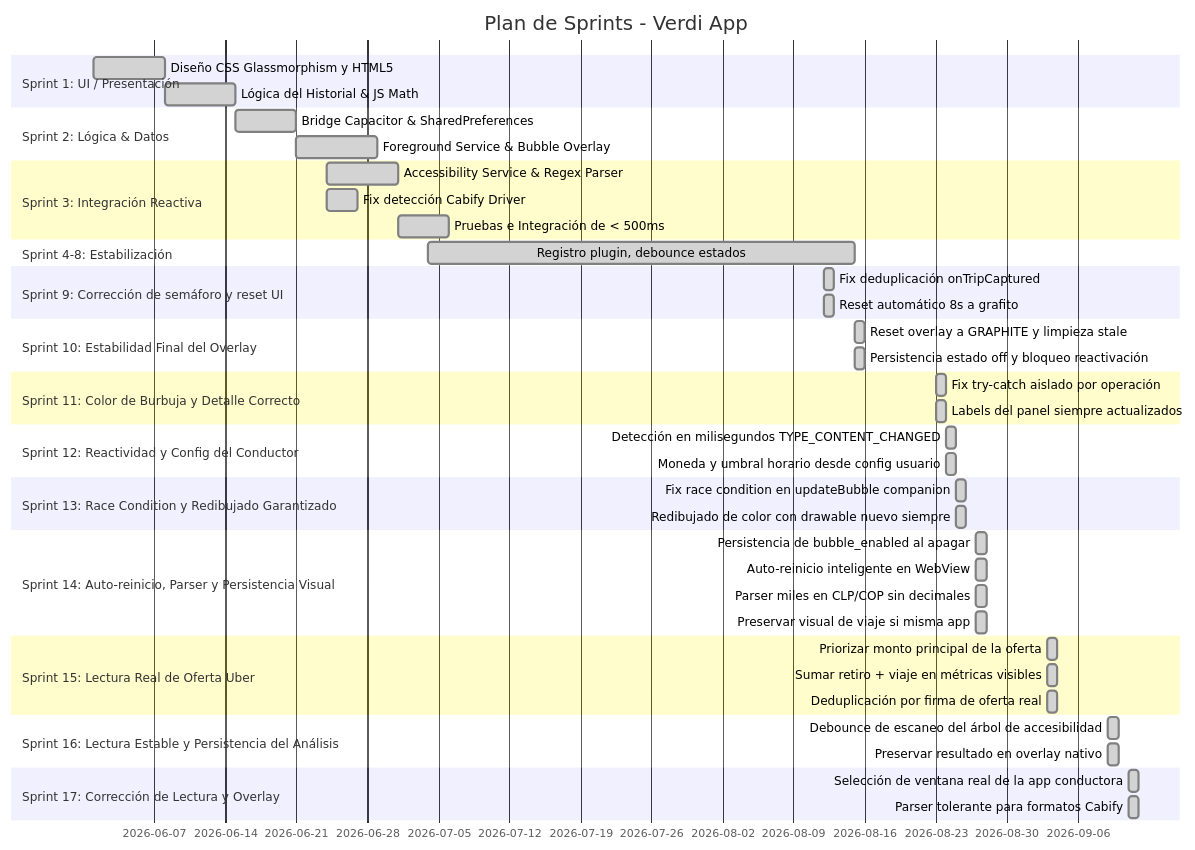
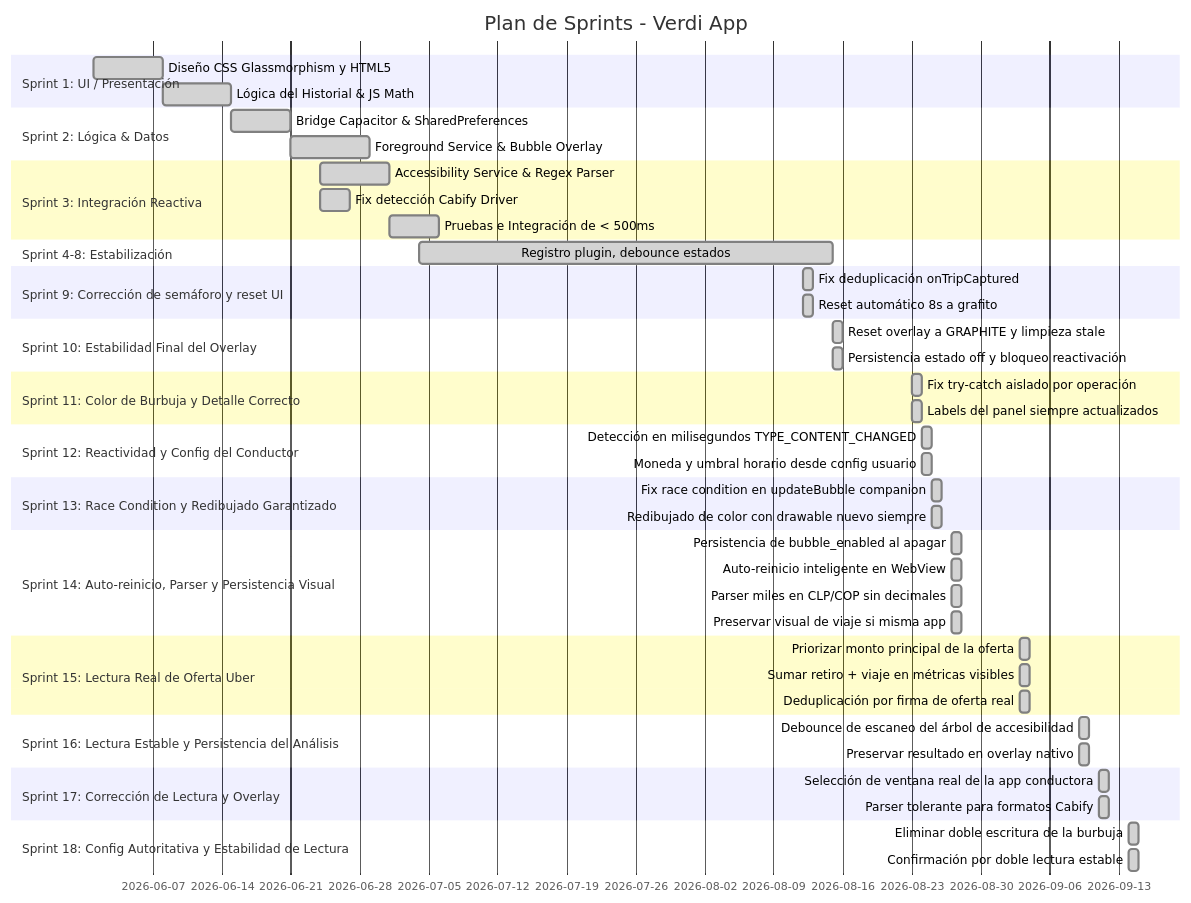
One commit to JorgeFreire95/Verdi changed the second of 2 diagrams in README.md. Above: the diagram before and after it, drawn with Mermaid. The commit also changed other lines of this file and 3 other files, not shown here.

````diff
--- a/README.md
+++ b/README.md
@@ -86,47 +86,50 @@
 ```mermaid
 gantt
     title Plan de Sprints - Verdi App
     dateFormat  YYYY-MM-DD
     section Sprint 1: UI / Presentación
     Diseño CSS Glassmorphism y HTML5    :done, s1, 2026-06-01, 7d
     Lógica del Historial & JS Math      :done, s2, after s1, 7d
     section Sprint 2: Lógica & Datos
     Bridge Capacitor & SharedPreferences :done, s3, 2026-06-15, 6d
     Foreground Service & Bubble Overlay  :done, s4, after s3, 8d
     section Sprint 3: Integración Reactiva
     Accessibility Service & Regex Parser :done, s5, 2026-06-24, 7d
     Fix detección Cabify Driver          :done, s6, 2026-06-24, 3d
     Pruebas e Integración de < 500ms     :done, s7, after s5, 5d
     section Sprint 4-8: Estabilización
     Registro plugin, debounce estados    :done, s8, 2026-07-04, 42d
     section Sprint 9: Corrección de semáforo y reset UI
     Fix deduplicación onTripCaptured     :done, s9, 2026-08-12, 1d
     Reset automático 8s a grafito        :done, s10, 2026-08-12, 1d
     section Sprint 10: Estabilidad Final del Overlay
     Reset overlay a GRAPHITE y limpieza stale :done, s11, 2026-08-15, 1d
     Persistencia estado off y bloqueo reactivación :done, s12, 2026-08-15, 1d
     section Sprint 11: Color de Burbuja y Detalle Correcto
     Fix try-catch aislado por operación     :done, s13, 2026-08-23, 1d
     Labels del panel siempre actualizados   :done, s14, 2026-08-23, 1d
     section Sprint 12: Reactividad y Config del Conductor
     Detección en milisegundos TYPE_CONTENT_CHANGED :done, s15, 2026-08-24, 1d
     Moneda y umbral horario desde config usuario   :done, s16, 2026-08-24, 1d
     section Sprint 13: Race Condition y Redibujado Garantizado
     Fix race condition en updateBubble companion   :done, s17, 2026-08-25, 1d
     Redibujado de color con drawable nuevo siempre :done, s18, 2026-08-25, 1d
     section Sprint 14: Auto-reinicio, Parser y Persistencia Visual
     Persistencia de bubble_enabled al apagar    :done, s19, 2026-08-27, 1d
     Auto-reinicio inteligente en WebView        :done, s20, 2026-08-27, 1d
     Parser miles en CLP/COP sin decimales       :done, s21, 2026-08-27, 1d
     Preservar visual de viaje si misma app      :done, s22, 2026-08-27, 1d
     section Sprint 15: Lectura Real de Oferta Uber
     Priorizar monto principal de la oferta      :done, s23, 2026-09-03, 1d
     Sumar retiro + viaje en métricas visibles   :done, s24, 2026-09-03, 1d
     Deduplicación por firma de oferta real      :done, s25, 2026-09-03, 1d
     section Sprint 16: Lectura Estable y Persistencia del Análisis
     Debounce de escaneo del árbol de accesibilidad :done, s26, 2026-09-09, 1d
     Preservar resultado en overlay nativo          :done, s27, 2026-09-09, 1d
     section Sprint 17: Corrección de Lectura y Overlay
     Selección de ventana real de la app conductora :done, s28, 2026-09-11, 1d
     Parser tolerante para formatos Cabify       :done, s29, 2026-09-11, 1d
+    section Sprint 18: Config Autoritativa y Estabilidad de Lectura
+    Eliminar doble escritura de la burbuja      :done, s30, 2026-09-14, 1d
+    Confirmación por doble lectura estable      :done, s31, 2026-09-14, 1d
 ```
````
